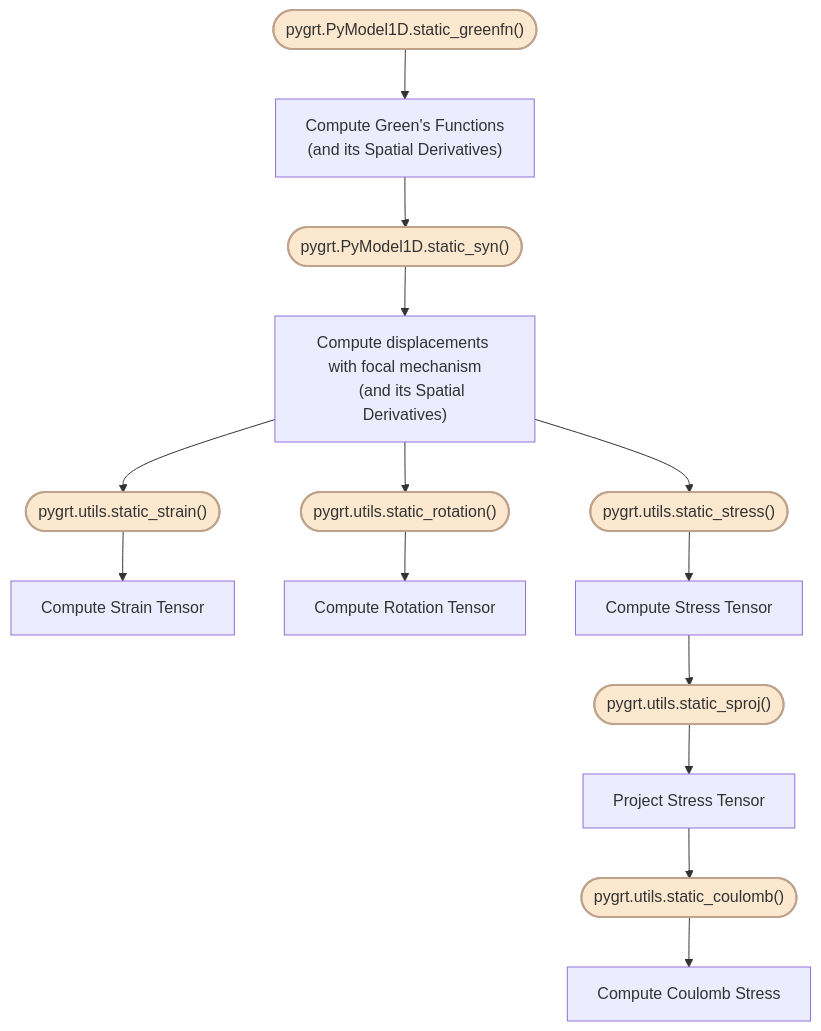
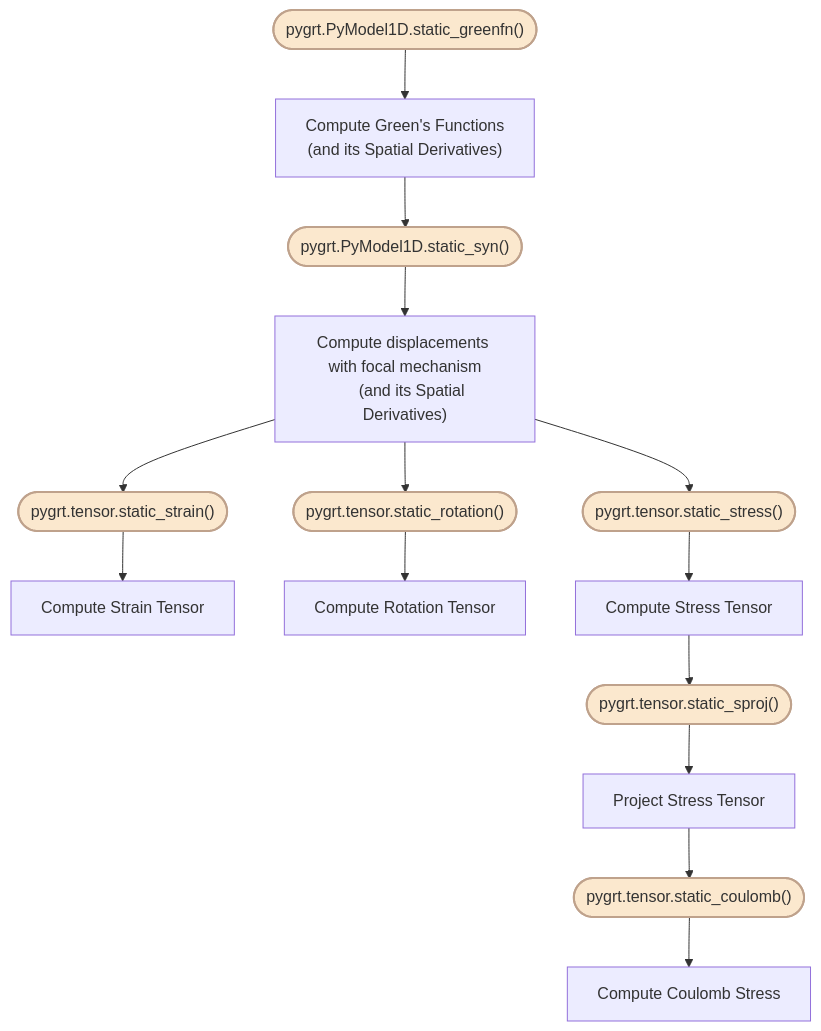
Before and after one commit to Dengda98/PyGRT: the first of 2 diagrams in docs/source/Tutorial/static/index.rst, drawn with Mermaid. The commit also changed 80 other files, not shown here.

```diff
--- a/docs/source/Tutorial/static/index.rst
+++ b/docs/source/Tutorial/static/index.rst
@@ -11,32 +11,32 @@
 .. mermaid::
 
     flowchart TB 
 
         GG(["pygrt.PyModel1D.static_greenfn()"])
         SS(["pygrt.PyModel1D.static_syn()"])
-        EE(["pygrt.utils.static_strain()"])
-        RR(["pygrt.utils.static_rotation()"])
-        TT(["pygrt.utils.static_stress()"])
-        SP(["pygrt.utils.static_sproj()"])
-        CO(["pygrt.utils.static_coulomb()"])
+        EE(["pygrt.tensor.static_strain()"])
+        RR(["pygrt.tensor.static_rotation()"])
+        TT(["pygrt.tensor.static_stress()"])
+        SP(["pygrt.tensor.static_sproj()"])
+        CO(["pygrt.tensor.static_coulomb()"])
 
         G["Compute Green's Functions
         (and its Spatial Derivatives)"]
         S["Compute displacements with focal mechanism
         (and its Spatial Derivatives)"]
         E["Compute Strain Tensor"]
         R["Compute Rotation Tensor"]
         T["Compute Stress Tensor"]
         P["Project Stress Tensor"]
         C["Compute Coulomb Stress"]
 
         GG --> G
         G --> SS --> S
         S --> EE --> E
         S --> RR --> R
         S --> TT --> T
         T --> SP --> P
         P --> CO --> C
         
         classDef cmdcls fill:#FBE8CE,stroke:#BFA28C,stroke-width:2px,color:#333;
         class GG,SS,EE,RR,TT,SP,CO cmdcls
```
